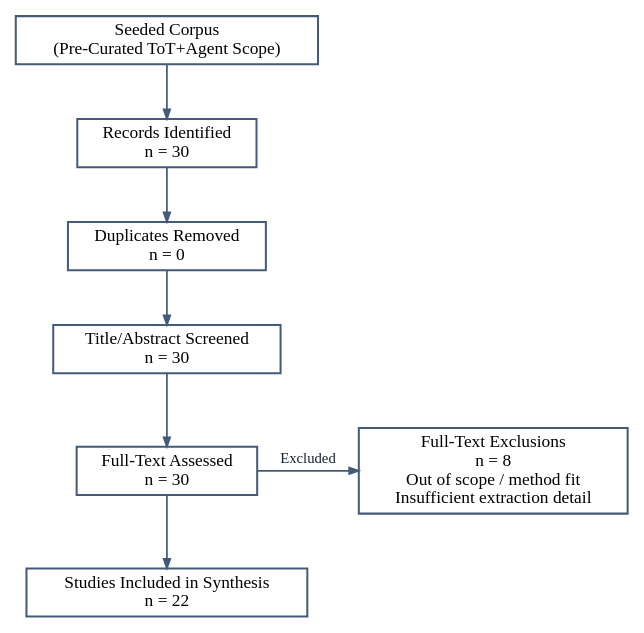
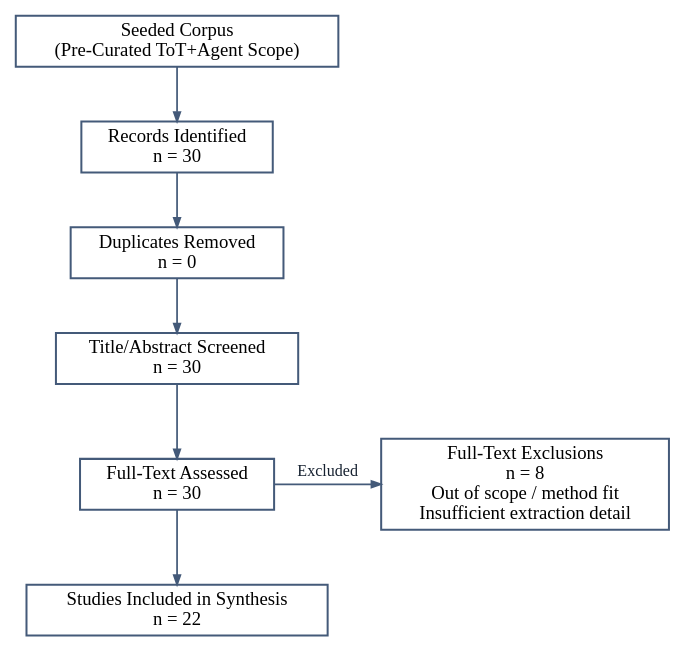
Before and after one commit to quiznat/tot-hf-survey-artifacts: the diagram in assets/diagram_survey_method.dot, drawn with Graphviz. The commit also changed 27 other files, not shown here.

Commit message:
Phase1: use vector-only diagrams and tighten LaTeX layout

```diff
--- a/assets/diagram_survey_method.dot
+++ b/assets/diagram_survey_method.dot
@@ -1,18 +1,18 @@
 digraph G {
   graph [bgcolor="#ffffff", pad="0.06", nodesep="0.34", ranksep="0.50", splines="polyline", fontname="Times-Roman", fontcolor="#162130", margin="0.02", rankdir="TB", ranksep="0.56"];
-  node [shape="box", style="filled", fillcolor="#ffffff", color="#445a79", penwidth="1.5", fontname="Times-Roman", fontsize="13", margin="0.08,0.06"];
-  edge [color="#445a79", penwidth="1.3", arrowsize="0.70", fontname="Times-Roman", fontsize="11", fontcolor="#162130"];
+  node [shape="box", style="filled", fillcolor="#ffffff", color="#445a79", penwidth="1.5", fontname="Times-Roman", fontsize="14", margin="0.08,0.06"];
+  edge [color="#445a79", penwidth="1.3", arrowsize="0.70", fontname="Times-Roman", fontsize="12", fontcolor="#162130"];
 
   seed [label="Seeded Corpus\n(Pre-Curated ToT+Agent Scope)"];
   records [label="Records Identified\nn = 30"];
   dupes [label="Duplicates Removed\nn = 0"];
   screened [label="Title/Abstract Screened\nn = 30"];
   fulltext [label="Full-Text Assessed\nn = 30"];
   included [label="Studies Included in Synthesis\nn = 22"];
   excluded [label="Full-Text Exclusions\nn = 8\nOut of scope / method fit\nInsufficient extraction detail"];
 
   seed -> records -> dupes -> screened -> fulltext -> included;
   fulltext -> excluded [label="Excluded", constraint=false];
 
   { rank=same; fulltext; excluded }
 }
```
